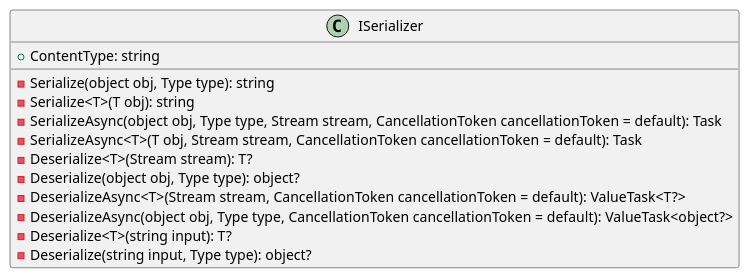
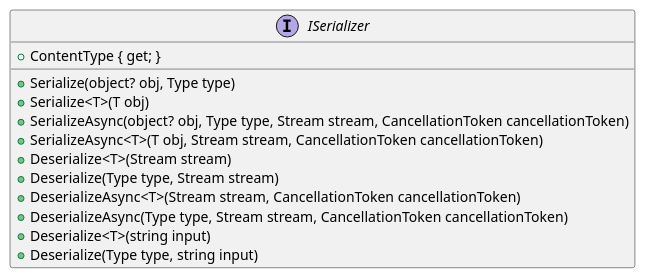
One commit to mwwhited-forks/dotnet-libs changed the first of 3 diagrams in docs/generated/Framework/Eliassen.System.Abstractions/Text/Documentation.md. Above: the diagram before and after it, drawn with PlantUML. The commit also changed other lines of this file and 444 other files, not shown here.

````diff
--- a/docs/generated/Framework/Eliassen.System.Abstractions/Text/Documentation.md
+++ b/docs/generated/Framework/Eliassen.System.Abstractions/Text/Documentation.md
@@ -5,18 +40,18 @@
 ```plantuml
 @startuml
-class ISerializer {
-  - Serialize(object obj, Type type): string
-  - Serialize<T>(T obj): string
-  - SerializeAsync(object obj, Type type, Stream stream, CancellationToken cancellationToken = default): Task
-  - SerializeAsync<T>(T obj, Stream stream, CancellationToken cancellationToken = default): Task
-  - Deserialize<T>(Stream stream): T?
-  - Deserialize(object obj, Type type): object?
-  - DeserializeAsync<T>(Stream stream, CancellationToken cancellationToken = default): ValueTask<T?>
-  - DeserializeAsync(object obj, Type type, CancellationToken cancellationToken = default): ValueTask<object?>
-  - Deserialize<T>(string input): T?
-  - Deserialize(string input, Type type): object?
-  + ContentType: string
+interface ISerializer {
+  + Serialize(object? obj, Type type)
+  + Serialize<T>(T obj)
+  + SerializeAsync(object? obj, Type type, Stream stream, CancellationToken cancellationToken)
+  + SerializeAsync<T>(T obj, Stream stream, CancellationToken cancellationToken)
+  + Deserialize<T>(Stream stream)
+  + Deserialize(Type type, Stream stream)
+  + DeserializeAsync<T>(Stream stream, CancellationToken cancellationToken)
+  + DeserializeAsync(Type type, Stream stream, CancellationToken cancellationToken)
+  + Deserialize<T>(string input)
+  + Deserialize(Type type, string input)
+  + ContentType { get; }
 }
 
 @enduml
 ```
````
